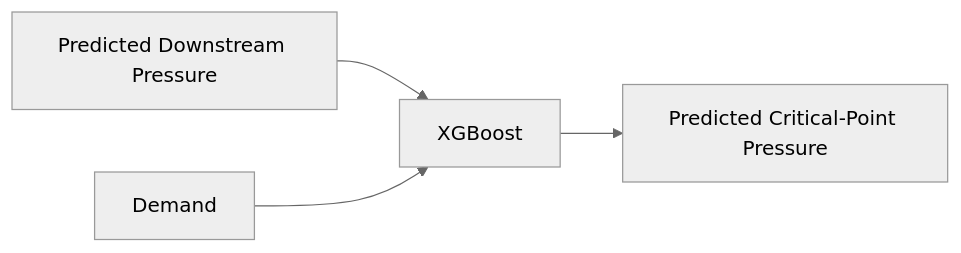
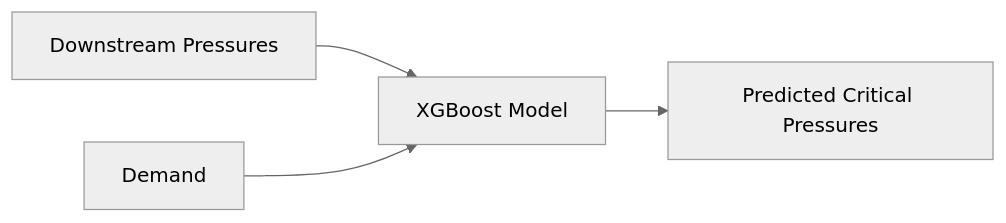
Before and after one commit to mahmmooudian/water-network-ai-analyzer: the seventh of 9 diagrams in README.md, drawn with Mermaid (neutral theme). The commit also changed other lines of this file, not shown here.

````diff
--- a/README.md
+++ b/README.md
@@ -346,6 +341,6 @@
 ```mermaid
 flowchart LR
-    A[Predicted Downstream Pressure] --> C[XGBoost]
+    A[Downstream Pressures] --> C[XGBoost Model]
     B[Demand] --> C
-    C --> D[Predicted Critical-Point Pressure]
+    C --> D[Predicted Critical Pressures]
 ```
````
